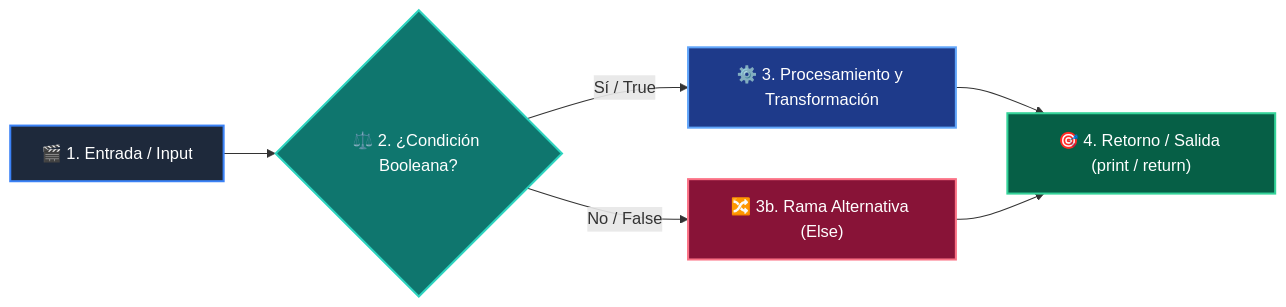
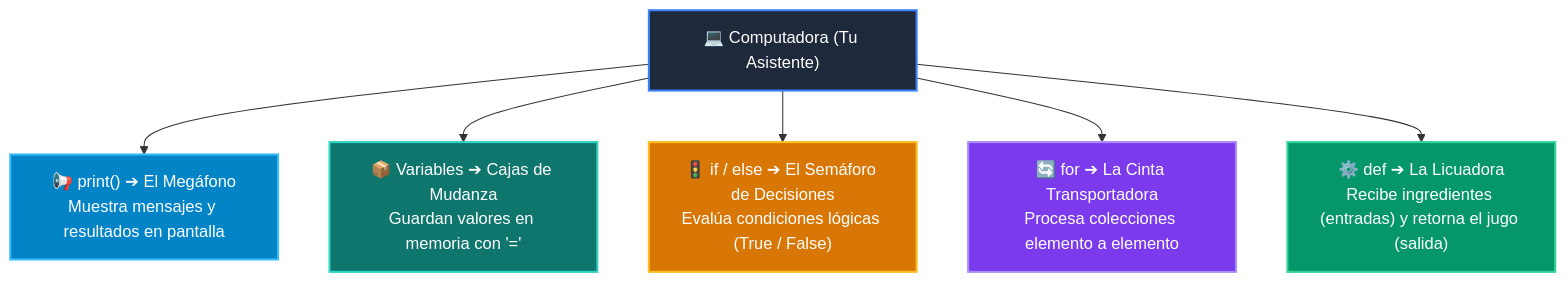
The diagram in docs/curso-01/clase-01.md (wisrovi/wisrovi-python), drawn with Mermaid before and after one commit. The commit also changed other lines of this file and 38 other files, not shown here.

Commit message:
docs(site): rebuild full MkDocs documentation site with updated canonical content, bespoke Mermaids, and Spiral Learning pedagogy

````diff
--- a/docs/curso-01/clase-01.md
+++ b/docs/curso-01/clase-01.md
@@ -65,14 +38,15 @@
 ```mermaid
-flowchart LR
-    A["🎬 1. Entrada / Input"] --> B{"⚖️ 2. ¿Condición Booleana?"}
-    B -->|Sí / True| C["⚙️ 3. Procesamiento y Transformación"]
-    B -->|No / False| D["🔀 3b. Rama Alternativa (Else)"]
-    C --> E["🎯 4. Retorno / Salida (print / return)"]
-    D --> E
+flowchart TD
+    COMP["💻 Computadora (Tu Asistente)"] --> P0["📢 print() ➔ El Megáfono<br/>Muestra mensajes y resultados en pantalla"]
+    COMP --> P1["📦 Variables ➔ Cajas de Mudanza<br/>Guardan valores en memoria con '='"]
+    COMP --> P2["🚦 if / else ➔ El Semáforo de Decisiones<br/>Evalúa condiciones lógicas (True / False)"]
+    COMP --> P3["🔄 for ➔ La Cinta Transportadora<br/>Procesa colecciones elemento a elemento"]
+    COMP --> P4["⚙️ def ➔ La Licuadora<br/>Recibe ingredientes (entradas) y retorna el jugo (salida)"]
 
-    style A fill:#1e293b,color:#ffffff,stroke:#3b82f6,stroke-width:2px
-    style B fill:#0f766e,color:#ffffff,stroke:#2dd4bf,stroke-width:2px
-    style C fill:#1e3a8a,color:#ffffff,stroke:#60a5fa,stroke-width:2px
-    style D fill:#881337,color:#ffffff,stroke:#fb7185,stroke-width:2px
-    style E fill:#065f46,color:#ffffff,stroke:#34d399,stroke-width:2px
+    style COMP fill:#1e293b,color:#ffffff,stroke:#3b82f6,stroke-width:2px
+    style P0 fill:#0284c7,color:#ffffff,stroke:#38bdf8,stroke-width:2px
+    style P1 fill:#0f766e,color:#ffffff,stroke:#2dd4bf,stroke-width:2px
+    style P2 fill:#d97706,color:#ffffff,stroke:#fbbf24,stroke-width:2px
+    style P3 fill:#7c3aed,color:#ffffff,stroke:#a78bfa,stroke-width:2px
+    style P4 fill:#059669,color:#ffffff,stroke:#34d399,stroke-width:2px
 ```
````
